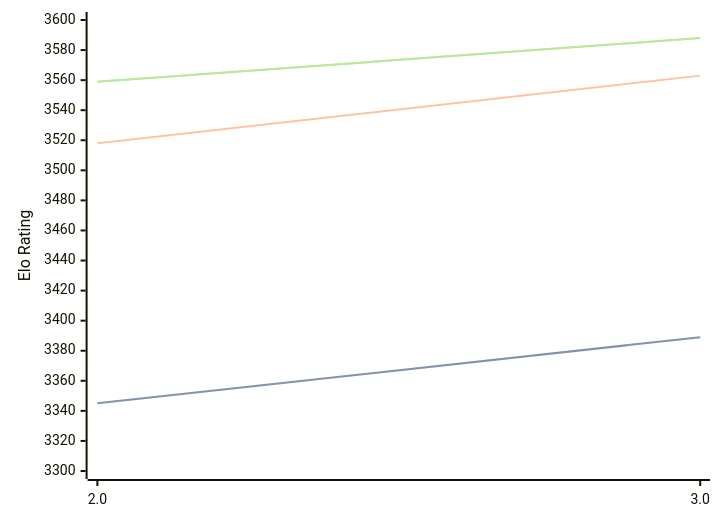
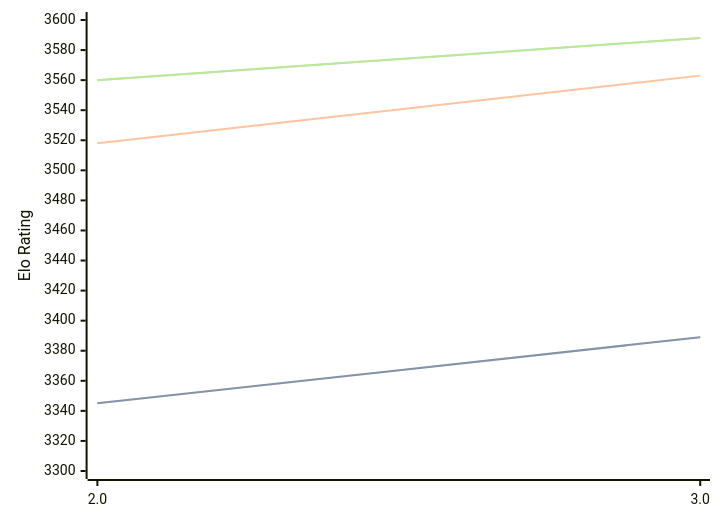
Before and after one commit to computer-chess-index/cci: the diagram in engines/Quanticade.md, drawn with Mermaid. The commit also changed other lines of this file, not shown here.

Commit message:
Update CCI Ratings (ELO VLTC) - 2026-05-13

````diff
--- a/engines/Quanticade.md
+++ b/engines/Quanticade.md
@@ -41,11 +41,11 @@
 ```mermaid
 %%{init: {"theme":"base","themeVariables":{"seriesColors:['#a3a3a3','#222221','#faa371']}}}%%
 xychart-beta
   x-axis ["2.0", "3.0"]
   y-axis "Elo Rating" 3300 --> 3600
   line "STC (8.0+0.08s)" [3345, 3389]
   line "STC (8.0+0.08s)" [3345, 3389]
   line "LTC (60.0+0.60s)" [3518, 3563]
-  line "VLTC (2m24s+1.12s)" [3559, 3588]
-  line "VLTC (2m24s+1.12s)" [3559, 3588]
+  line "VLTC (2m24s+1.12s)" [3560, 3588]
+  line "VLTC (2m24s+1.12s)" [3560, 3588]
 ```
````
